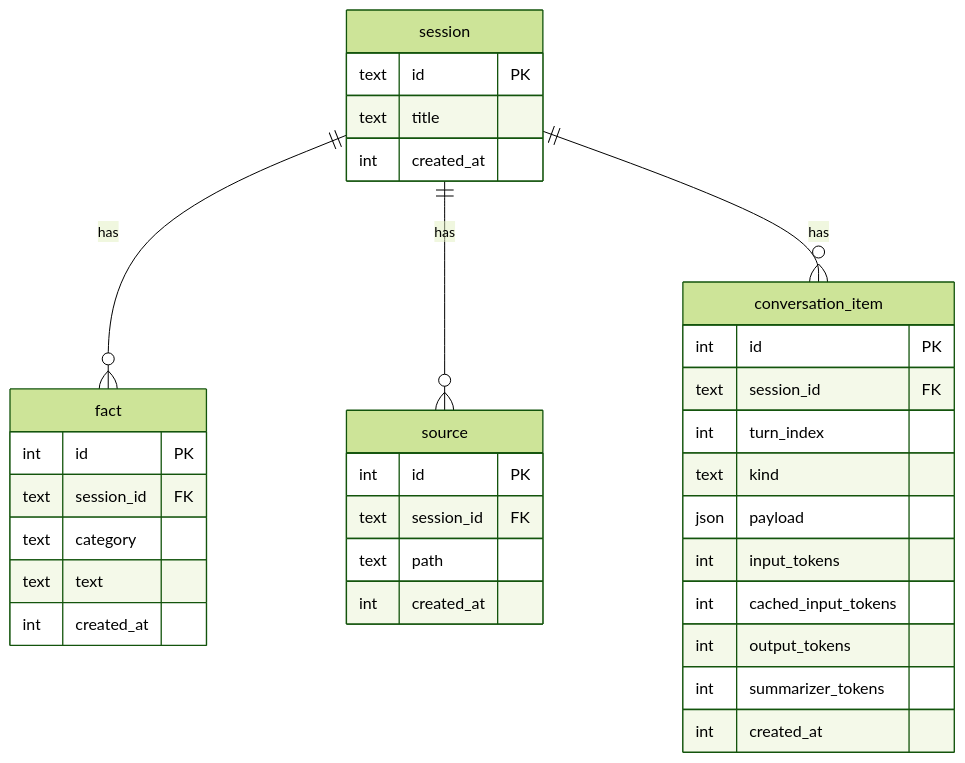
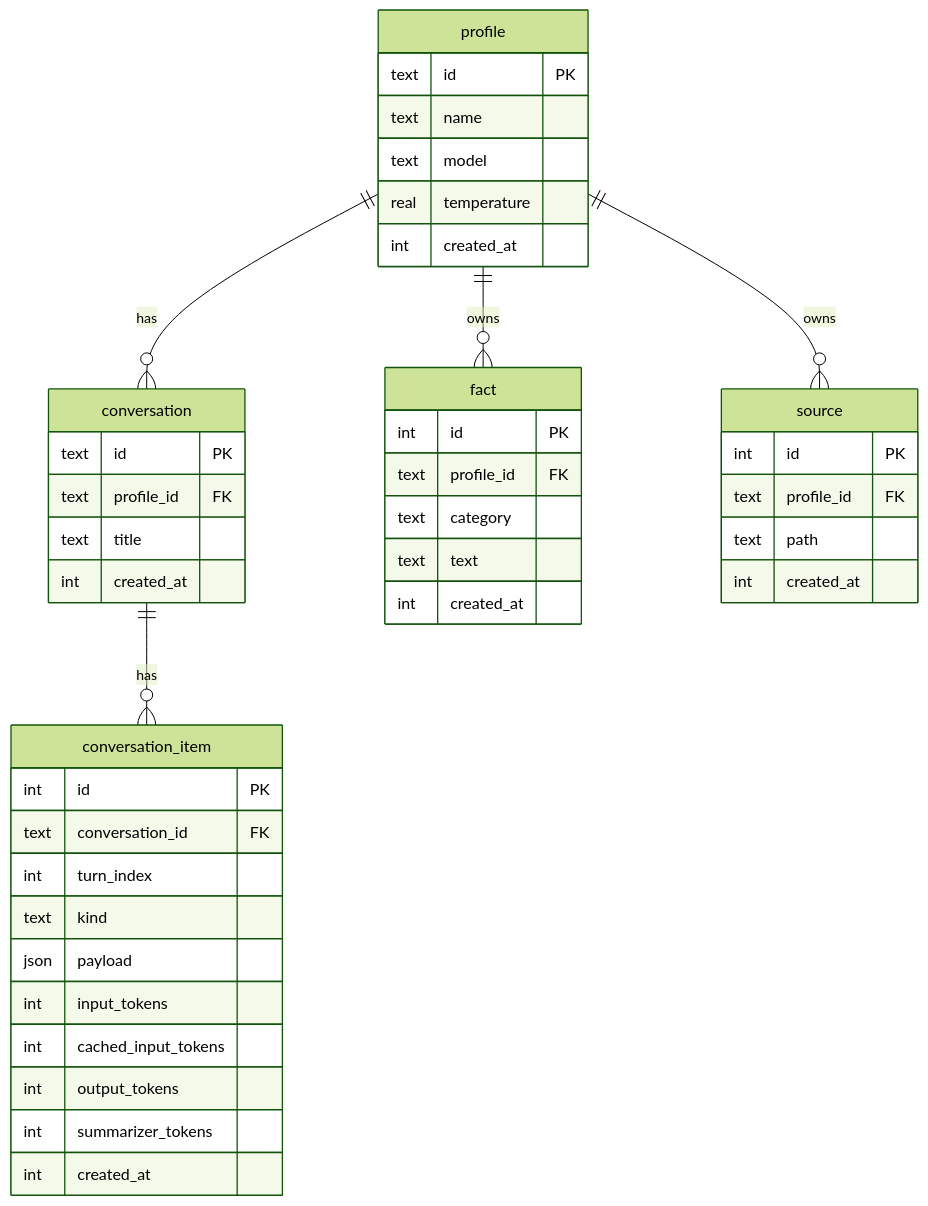
Before and after one commit to dwojno/chat-tui-llm: the second of 2 diagrams in docs/database.md, drawn with Mermaid (forest theme). The commit also changed other lines of this file and 85 other files, not shown here.

````diff
--- a/docs/database.md
+++ b/docs/database.md
@@ -116,40 +132,50 @@
 ```mermaid
 erDiagram
-  session ||--o{ fact : has
-  session ||--o{ source : has
-  session ||--o{ conversation_item : has
+  profile ||--o{ conversation : has
+  profile ||--o{ fact : owns
+  profile ||--o{ source : owns
+  conversation ||--o{ conversation_item : has
 
-  session {
+  profile {
     text id PK
+    text name
+    text model
+    real temperature
+    int created_at
+  }
+
+  conversation {
+    text id PK
+    text profile_id FK
     text title
     int created_at
   }
 
   fact {
     int id PK
-    text session_id FK
+    text profile_id FK
     text category
     text text
     int created_at
   }
 
   source {
     int id PK
-    text session_id FK
+    text profile_id FK
     text path
     int created_at
   }
 
   conversation_item {
     int id PK
-    text session_id FK
+    text conversation_id FK
     int turn_index
     text kind
     json payload
     int input_tokens
     int cached_input_tokens
     int output_tokens
     int summarizer_tokens
     int created_at
   }
 ```
````
